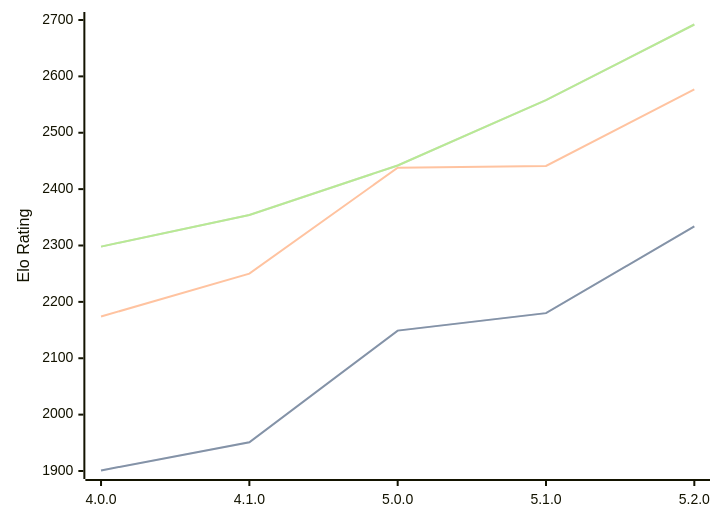
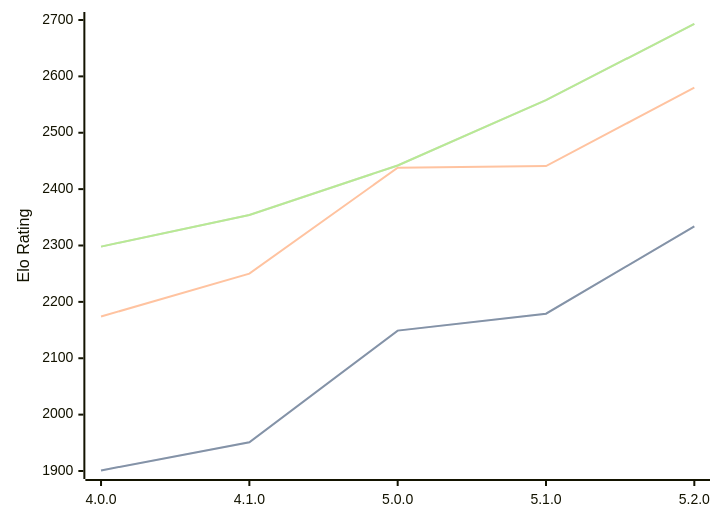
One commit to computer-chess-index/cci changed the diagram in engines/Aconcagua.md. Above: the diagram before and after it, drawn with Mermaid. The commit also changed other lines of this file, not shown here.

Commit message:
Update CCI Ratings (ELO VLTC) - 2026-08-02

````diff
--- a/engines/Aconcagua.md
+++ b/engines/Aconcagua.md
@@ -44,11 +44,11 @@
 ```mermaid
 %%{init: {"theme":"base","themeVariables":{"seriesColors:['#a3a3a3','#222221','#faa371']}}}%%
 xychart-beta
   x-axis ["4.0.0", "4.1.0", "5.0.0", "5.1.0", "5.2.0"]
   y-axis "Elo Rating" 1900 --> 2700
-  line "STC (8.0+0.08s)" [1901, 1951, 2149, 2180, 2334]
-  line "STC (8.0+0.08s)" [1901, 1951, 2149, 2180, 2334]
-  line "LTC (60.0+0.60s)" [2174, 2250, 2438, 2441, 2577]
-  line "VLTC (2m24s+1.12s)" [2298, 2354, 2442, 2558, 2692]
-  line "VLTC (2m24s+1.12s)" [2298, 2354, 2442, 2558, 2692]
+  line "STC (8.0+0.08s)" [1901, 1951, 2149, 2179, 2334]
+  line "STC (8.0+0.08s)" [1901, 1951, 2149, 2179, 2334]
+  line "LTC (60.0+0.60s)" [2174, 2250, 2438, 2441, 2580]
+  line "VLTC (2m24s+1.12s)" [2298, 2354, 2442, 2558, 2693]
+  line "VLTC (2m24s+1.12s)" [2298, 2354, 2442, 2558, 2693]
 ```
````
